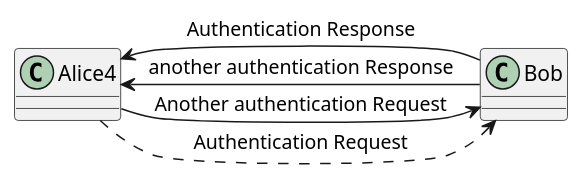
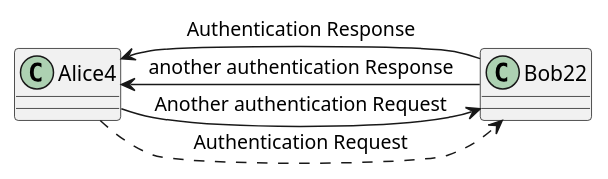
Before and after one commit to i-kay/plantuml-test: the diagram in src/example-uml.iuml, drawn with PlantUML.

```diff
--- a/src/example-uml.iuml
+++ b/src/example-uml.iuml
@@ -1,7 +1,7 @@
 @startuml
-Alice4 ..> Bob: Authentication Request
-Bob --> Alice4: Authentication Response
+Alice4 ..> Bob22: Authentication Request
+Bob22 --> Alice4: Authentication Response
 
-Alice4 -> Bob: Another authentication Request
-Alice4 <-- Bob: another authentication Response
+Alice4 -> Bob22: Another authentication Request
+Alice4 <-- Bob22: another authentication Response
 @enduml
```
